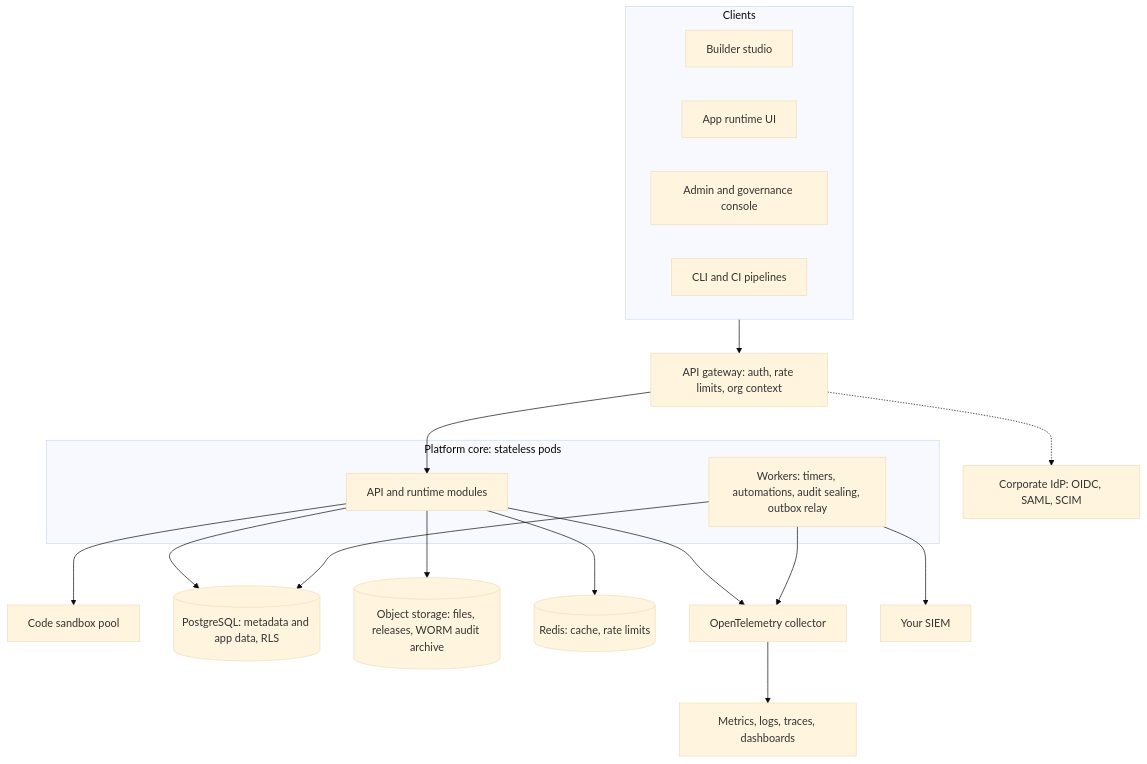
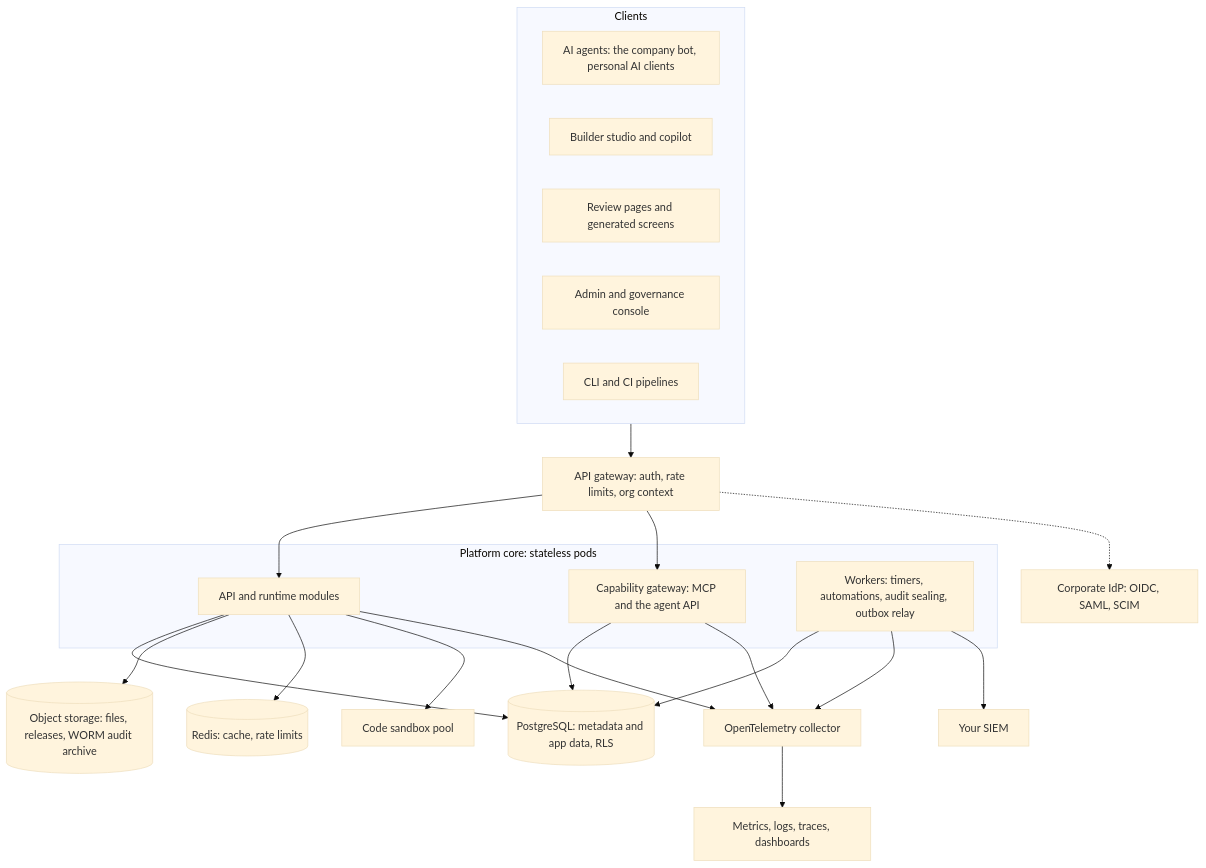
The fourth of 5 diagrams in docs/02-platform-design.md (sreent/joget), drawn with Mermaid (base theme) before and after one commit. The commit also changed other lines of this file and 2 other files, not shown here.

First line of the commit message:
docs: reframe the platform around capabilities for people and agents

````diff
--- a/docs/02-platform-design.md
+++ b/docs/02-platform-design.md
@@ -505,33 +694,38 @@
 ```mermaid
 flowchart TB
   subgraph clients[Clients]
-    STUDIO[Builder studio]
-    RUN[App runtime UI]
+    AGENTS[AI agents: the company bot, personal AI clients]
+    STUDIO[Builder studio and copilot]
+    RUN[Review pages and generated screens]
     CONSOLE[Admin and governance console]
     CLI[CLI and CI pipelines]
   end
   GW[API gateway: auth, rate limits, org context]
   subgraph core[Platform core: stateless pods]
+    CAP[Capability gateway: MCP and the agent API]
     API[API and runtime modules]
     WORK[Workers: timers, automations, audit sealing, outbox relay]
   end
   SBX[Code sandbox pool]
   IDP[Corporate IdP: OIDC, SAML, SCIM]
   PG[(PostgreSQL: metadata and app data, RLS)]
   OBJ[(Object storage: files, releases, WORM audit archive)]
   RDS[(Redis: cache, rate limits)]
   OTEL[OpenTelemetry collector]
   OBS[Metrics, logs, traces, dashboards]
   SIEM[Your SIEM]
   clients --> GW --> API
+  GW --> CAP
+  CAP --> PG
+  CAP --> OTEL
   GW -.-> IDP
   API --> PG
   WORK --> PG
   API --> OBJ
   API --> RDS
   API --> SBX
   API --> OTEL
   WORK --> OTEL
   OTEL --> OBS
   WORK --> SIEM
 ```
````
